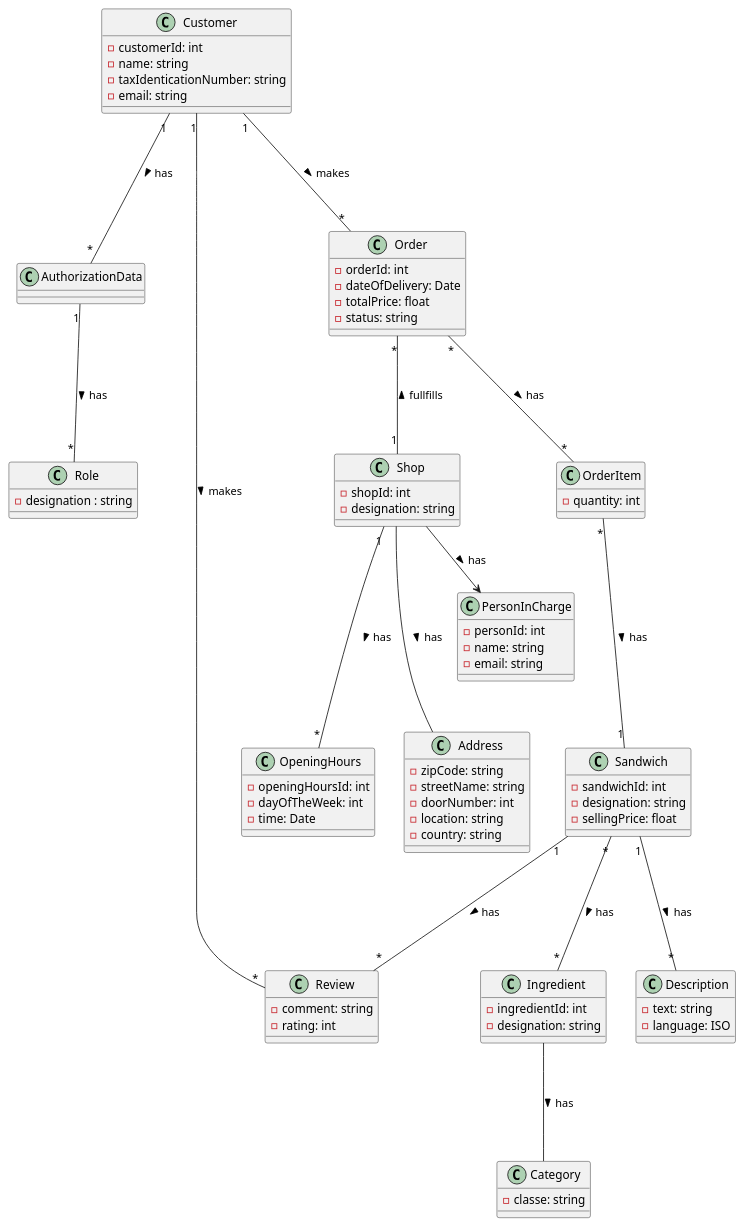
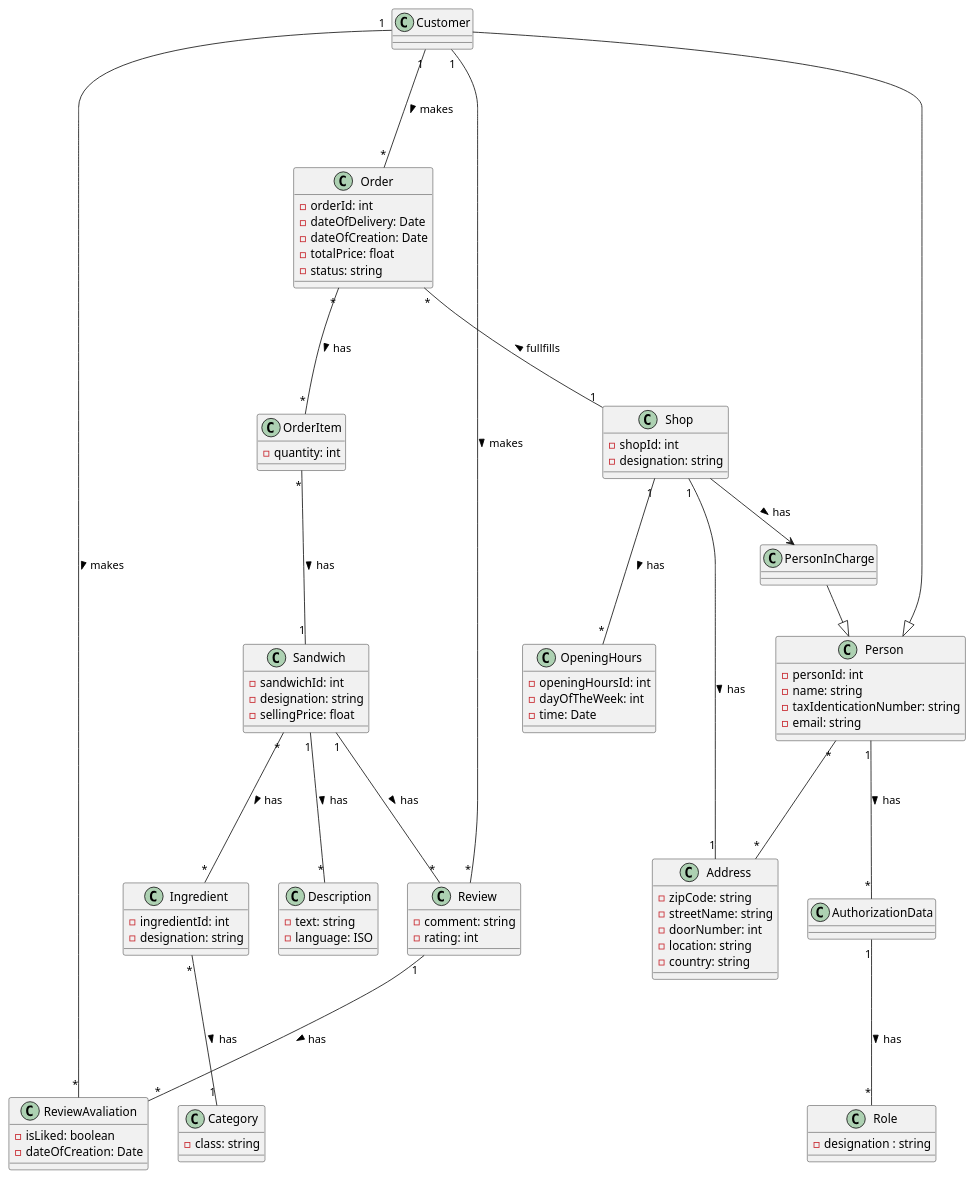
One commit to TiagoNora/ballerina-project changed the diagram in design/domainModel.puml. Above: the diagram before and after it, drawn with PlantUML.

```diff
--- a/design/domainModel.puml
+++ b/design/domainModel.puml
@@ -1,93 +1,105 @@
 @startuml Domain Model
   class Customer {
-    - customerId: int
+  }
+
+  class PersonInCharge{
+  }
+
+  class Person{
+    - personId: int
     - name: string
     - taxIdenticationNumber: string
     - email: string
+
   }
 
   class Address{
     - zipCode: string
     - streetName: string
     - doorNumber: int
     - location: string
     - country: string
 
   }
 
   class AuthorizationData{
 
   }
 
   class Role{
     - designation : string
   }
   class Sandwich {
     - sandwichId: int
     - designation: string
     - sellingPrice: float
   }
 
   class Description{
     - text: string
     - language: ISO
   }
 
   class Ingredient {
     - ingredientId: int
     - designation: string
   }
   class Category{
-    - classe: string
+    - class: string
   }
 
   class Review{
     - comment: string
     - rating: int
   }
 
   class Shop{
     - shopId: int
     - designation: string
   }
 
-  class PersonInCharge{
-    - personId: int
-    - name: string
-    - email: string
-  }
-
   class OpeningHours{
     - openingHoursId: int
     - dayOfTheWeek: int
     - time: Date
   }
 
   class Order{
     - orderId: int
     - dateOfDelivery: Date
+    - dateOfCreation: Date
     - totalPrice: float
     - status: string
   }
 
   class OrderItem{
     - quantity: int
   }
 
+  class ReviewAvaliation{
+    - isLiked: boolean
+    - dateOfCreation: Date
+  }
 
-  Customer "1" --- "*" AuthorizationData: has >
+
+  Person "1" --- "*" AuthorizationData: has >
   AuthorizationData "1" --- "*" Role: has >
   Sandwich "*" --- "*" Ingredient: has >
   Sandwich "1" --- "*" Description: has >
   Shop "1" --- "*" OpeningHours: has >
   Shop --> PersonInCharge: has >
   Order "*" --- "*" OrderItem: has >
   Customer "1" --- "*" Order: makes >
   Customer "1" --- "*" Review: makes >
   Sandwich "1" --- "*" Review: has >
+  Review "1" --- "*" ReviewAvaliation: has >
+  Customer "1" --- "*" ReviewAvaliation: makes >
   Order "*" --- "1" Shop: fullfills <
-  Ingredient --- Category: has >
-  Shop --- Address: has >
+  Ingredient "*" --- "1" Category: has >
+  Shop "1" --- "1" Address: has >
   OrderItem "*" --- "1" Sandwich: has >
+  Customer --|> Person
+  PersonInCharge --|> Person
+  Person "*" --- "*" Address
 
 @enduml
```
